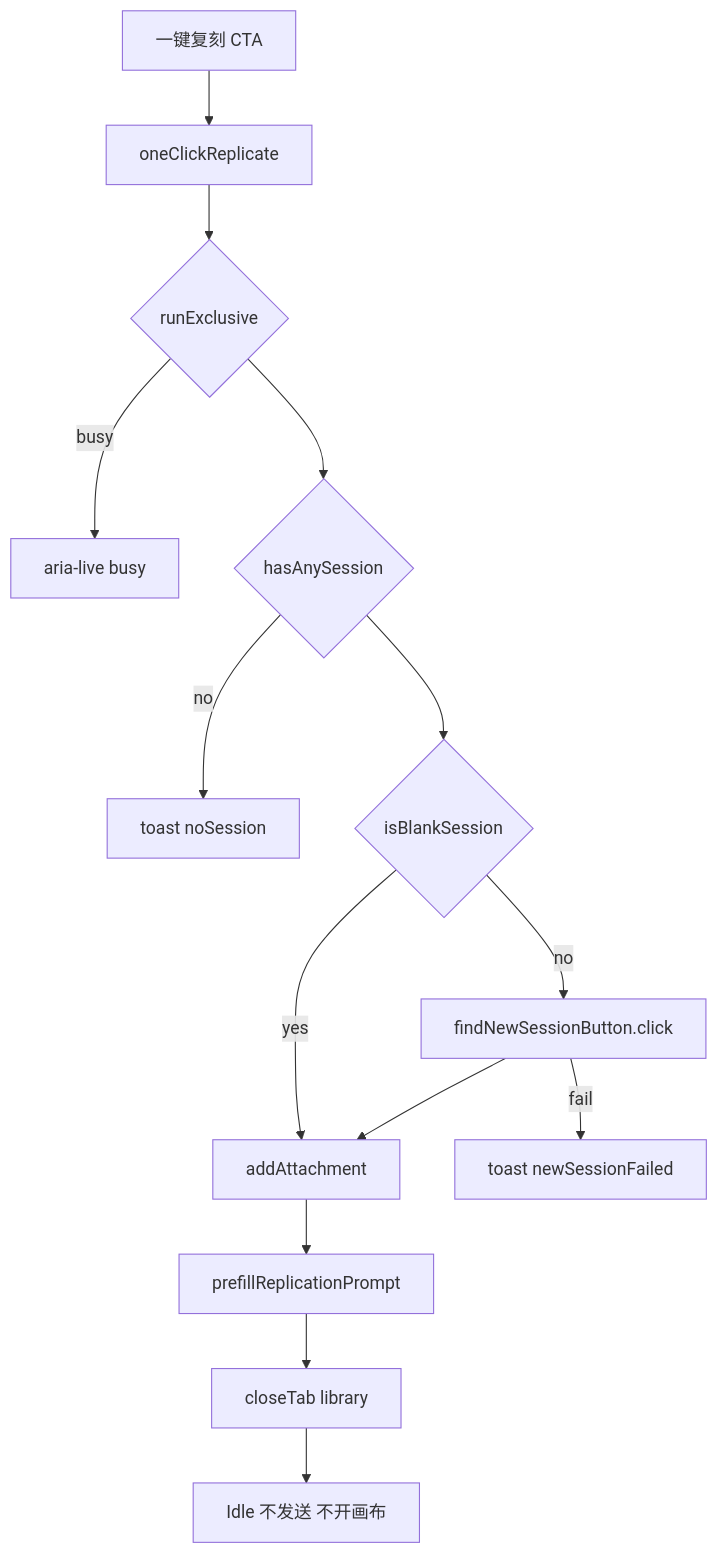
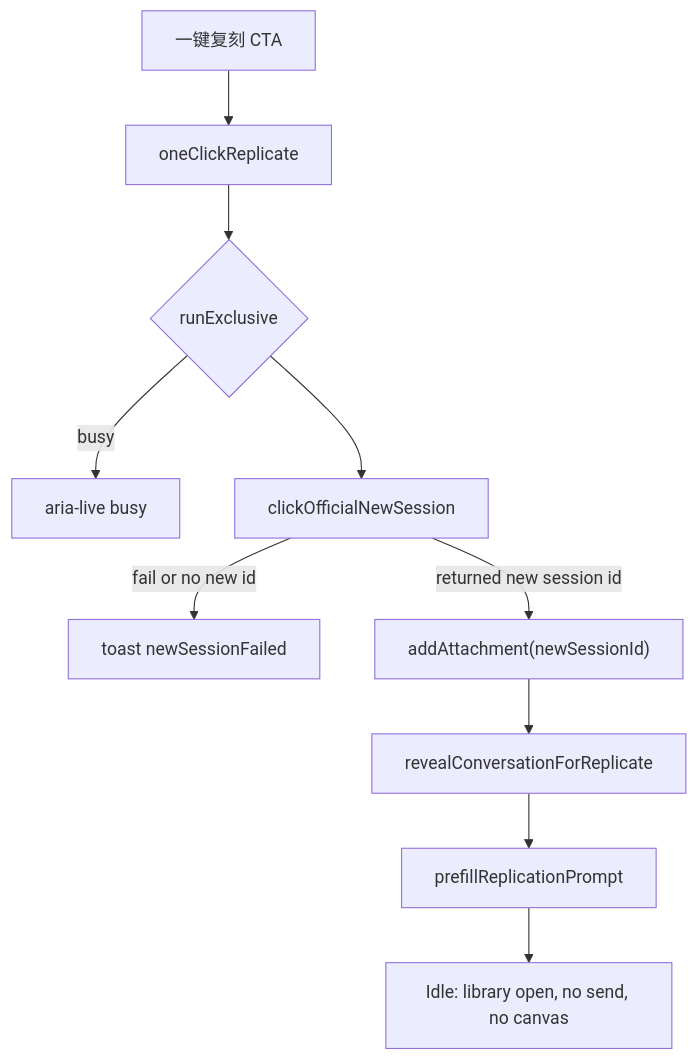
The first of 2 diagrams in docs/specs/2026-09-04-inspiration-one-click-replicate-design.md (laozhong86/omnimux-dsh), drawn with Mermaid before and after one commit. The commit also changed other lines of this file and 6 other files, not shown here.

Commit message:
fix(omnimux-inspiration): always create replicate session (#552)

````diff
--- a/docs/specs/2026-09-04-inspiration-one-click-replicate-design.md
+++ b/docs/specs/2026-09-04-inspiration-one-click-replicate-design.md
@@ -92,16 +89,12 @@
 ```mermaid
 flowchart TD
   CTA["一键复刻 CTA"] --> ORCH["oneClickReplicate"]
   ORCH --> LOCK{"runExclusive"}
   LOCK -->|busy| BUSY["aria-live busy"]
-  LOCK --> SESS{"hasAnySession"}
-  SESS -->|no| NO["toast noSession"]
-  SESS --> BLANK{"isBlankSession"}
-  BLANK -->|yes| ATT["addAttachment"]
-  BLANK -->|no| CLICK["findNewSessionButton.click"]
-  CLICK -->|fail| NSF["toast newSessionFailed"]
-  CLICK --> ATT
-  ATT --> PRE["prefillReplicationPrompt"]
-  PRE --> DIS["closeTab library"]
-  DIS --> IDLE["Idle 不发送 不开画布"]
+  LOCK --> CLICK["clickOfficialNewSession"]
+  CLICK -->|fail or no new id| NSF["toast newSessionFailed"]
+  CLICK -->|returned new session id| ATT["addAttachment(newSessionId)"]
+  ATT --> REVEAL["revealConversationForReplicate"]
+  REVEAL --> PRE["prefillReplicationPrompt"]
+  PRE --> IDLE["Idle: library open, no send, no canvas"]
 ```
````
